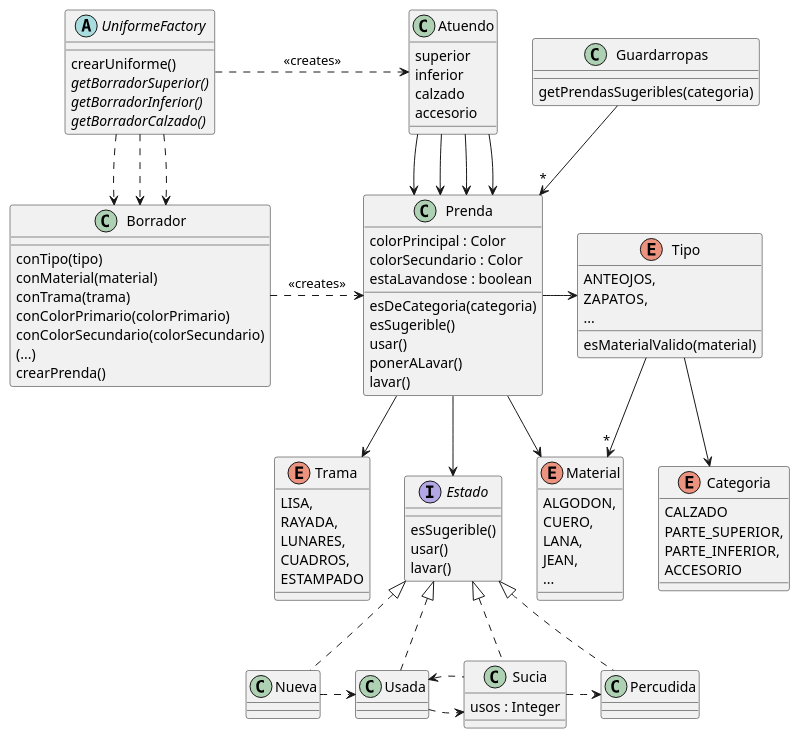
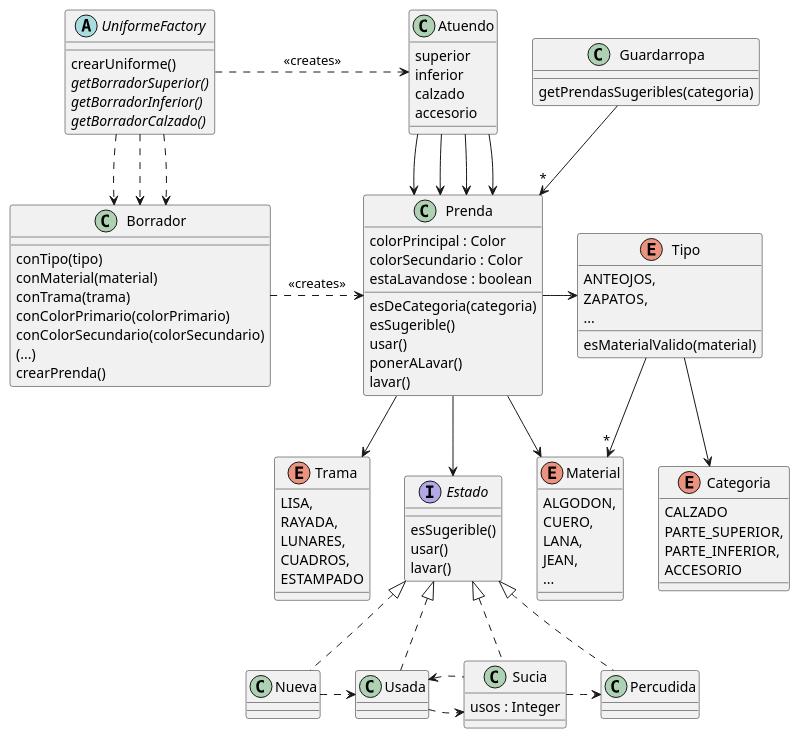
Before and after one commit to RaniAgus/dds-2022: the diagram in docs/diagramas/iteracion-3.puml, drawn with PlantUML. The commit also changed 7 other files, not shown here.

Commit message:
renombro Guardarropas a Guardarropa

```diff
--- a/docs/diagramas/iteracion-3.puml
+++ b/docs/diagramas/iteracion-3.puml
@@ -1,114 +1,114 @@
 @startuml iteracion-3
 
-class Guardarropas {
+class Guardarropa {
   getPrendasSugeribles(categoria)
 }
 
-Guardarropas --> "*" Prenda
+Guardarropa --> "*" Prenda
 
 abstract UniformeFactory {
   crearUniforme()
   {abstract} getBorradorSuperior()
   {abstract} getBorradorInferior()
   {abstract} getBorradorCalzado()
 }
 
 UniformeFactory .right.> Atuendo : <<creates>>
 UniformeFactory ..> Borrador
 UniformeFactory ..> Borrador
 UniformeFactory ..> Borrador
 
 class Atuendo {
    superior
    inferior
    calzado
    accesorio
 }
 
 Atuendo --> Prenda
 Atuendo --> Prenda
 Atuendo --> Prenda
 Atuendo --> Prenda
 
 class Borrador {
   conTipo(tipo)
   conMaterial(material)
   conTrama(trama)
   conColorPrimario(colorPrimario)
   conColorSecundario(colorSecundario)
   (...)
   crearPrenda()
 }
 
 Borrador .right.> Prenda : <<creates>>
 
 class Prenda {
  colorPrincipal : Color
  colorSecundario : Color
  estaLavandose : boolean
  esDeCategoria(categoria)
  esSugerible()
  usar()
  ponerALavar()
  lavar()
 }
 
 Prenda -right-> Tipo
 Prenda --> Material
 Prenda --> Trama
 Prenda --> Estado
 
 enum Material {
   ALGODON,
   CUERO,
   LANA,
   JEAN,
   ...
 }
 
 enum Trama {
   LISA,
   RAYADA,
   LUNARES,
   CUADROS,
   ESTAMPADO
 }
 
 enum Tipo {
   ANTEOJOS,
   ZAPATOS,
   ...
   esMaterialValido(material)
 }
 
 Tipo --> "*" Material
 Tipo --> Categoria
 
 enum Categoria {
   CALZADO
   PARTE_SUPERIOR,
   PARTE_INFERIOR,
   ACCESORIO
 }
 
 interface Estado {
  esSugerible()
  usar()
  lavar()
 }
 
 Estado <|.. Nueva
 Estado <|.. Usada
 Estado <|.. Sucia
 Estado <|.. Percudida
 
 Nueva .right.> Usada
 Usada .right.> Sucia
 Sucia .left.> Usada
 Sucia .right.> Percudida
 
 class Sucia {
   usos : Integer
 }
 
 @enduml
```
